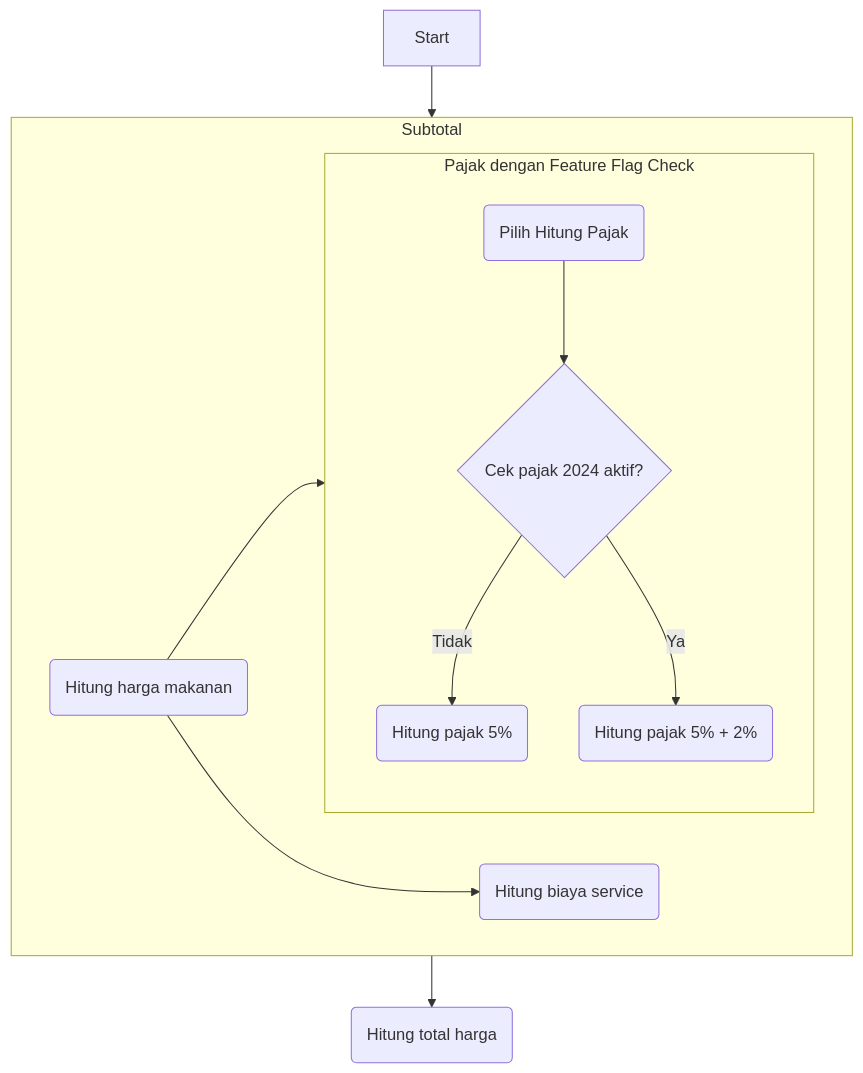
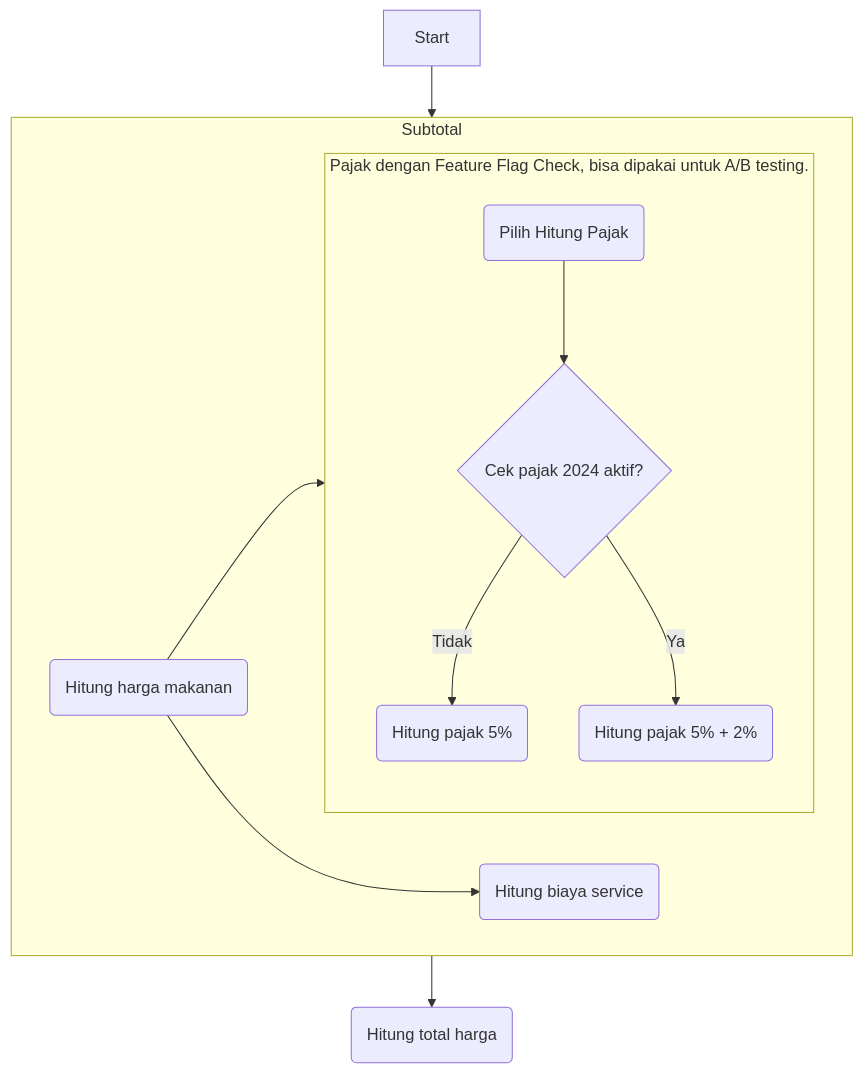
The fourth of 4 diagrams in README.MD (ramblingengineer/configcat-demo), drawn with Mermaid before and after one commit. The commit also changed other lines of this file, not shown here.

````diff
--- a/README.MD
+++ b/README.MD
@@ -62,20 +74,20 @@
 ```mermaid
 flowchart TD
-    subgraph calc_tax_ff["Pajak dengan Feature Flag Check"]
+    subgraph calc_tax_ff["Pajak dengan Feature Flag Check, bisa dipakai untuk A/B testing."]
         calc_tax("Pilih Hitung Pajak")
         enable_tax_24{"Cek pajak 2024 aktif?"}
         calc_tax_pre24("Hitung pajak 5%")
         calc_tax_24("Hitung pajak 5% + 2%")
     end
     subgraph calc_subtotal["Subtotal"]
         calc_items("Hitung harga makanan")
         calc_fees("Hitung biaya service")
         calc_tax_ff
     end
     start["Start"] --> calc_subtotal
     calc_items --> calc_fees & calc_tax_ff
     calc_subtotal --> calc_total("Hitung total harga")
     calc_tax --> enable_tax_24
     enable_tax_24 -- Tidak --> calc_tax_pre24
     enable_tax_24 -- Ya --> calc_tax_24
 ```
````
